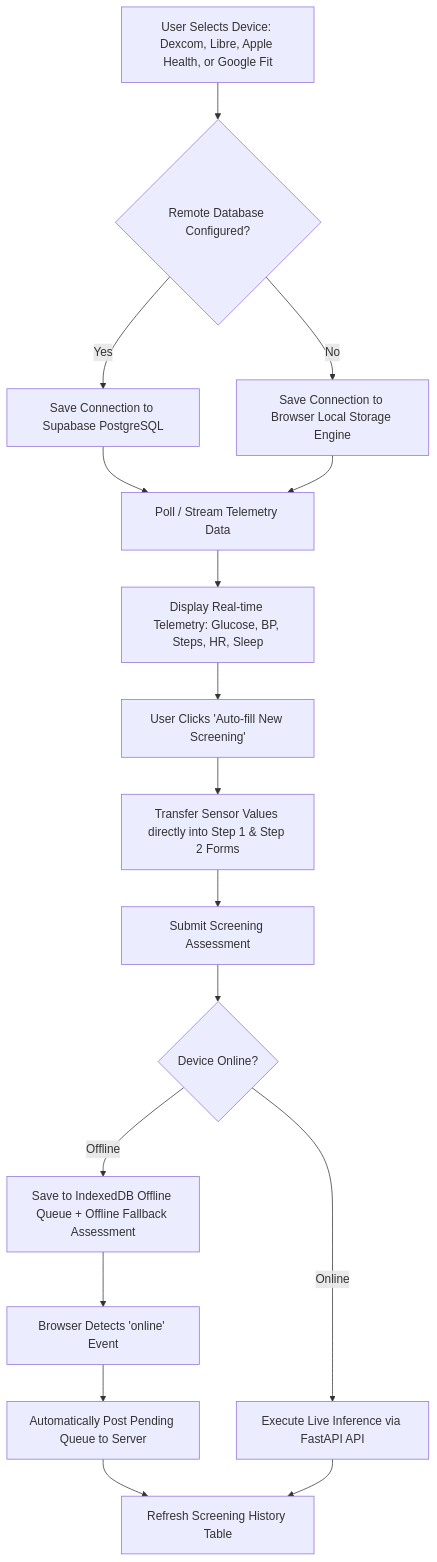
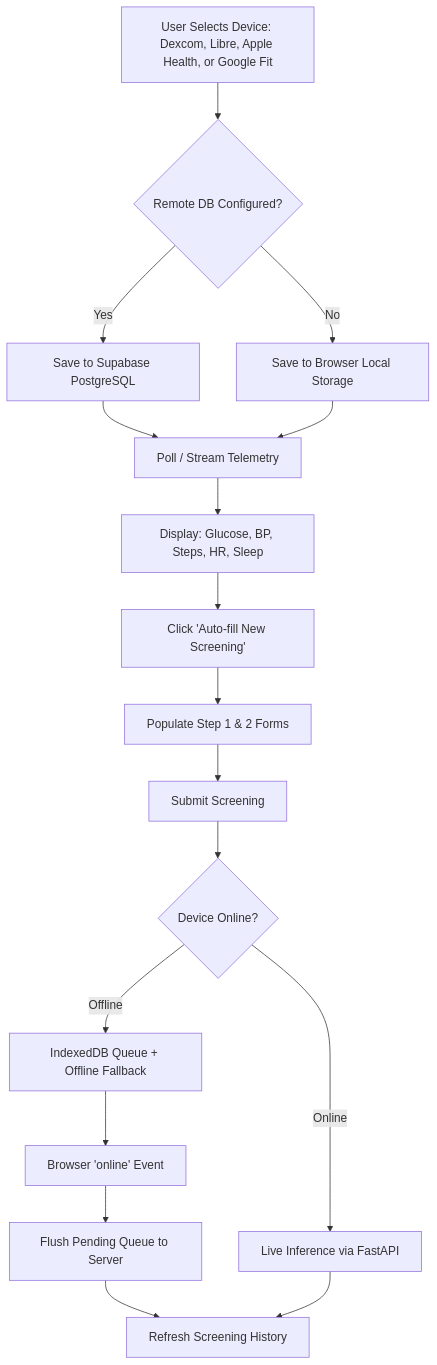
One commit to sam-black007/diabetes-prediction changed the third of 4 diagrams in README.md. Above: the diagram before and after it, drawn with Mermaid. The commit also changed other lines of this file, not shown here.

````diff
--- a/README.md
+++ b/README.md
@@ -276,28 +236,27 @@
 ```mermaid
 flowchart TD
     StartPair["User Selects Device: Dexcom, Libre, Apple Health, or Google Fit"]
-    CheckMode{"Remote Database Configured?"}
-    
+    CheckMode{"Remote DB Configured?"}
+
     StartPair --> CheckMode
-    CheckMode -->|Yes| RemotePersist["Save Connection to Supabase PostgreSQL"]
-    CheckMode -->|No| LocalPersist["Save Connection to Browser Local Storage Engine"]
-    
-    RemotePersist --> PollStream["Poll / Stream Telemetry Data"]
+    CheckMode -->|Yes| RemotePersist["Save to Supabase PostgreSQL"]
+    CheckMode -->|No| LocalPersist["Save to Browser Local Storage"]
+
+    RemotePersist --> PollStream["Poll / Stream Telemetry"]
     LocalPersist --> PollStream
-    
-    PollStream --> ShowVitals["Display Real-time Telemetry: Glucose, BP, Steps, HR, Sleep"]
-    ShowVitals --> ClickAutofill["User Clicks 'Auto-fill New Screening'"]
-    ClickAutofill --> PopulateWizard["Transfer Sensor Values directly into Step 1 & Step 2 Forms"]
-    
-    PopulateWizard --> SubmitScreening["Submit Screening Assessment"]
-    CheckOnline{"Device Online?"}
-    SubmitScreening --> CheckOnline
-    
-    CheckOnline -->|Online| CallAPI["Execute Live Inference via FastAPI API"]
-    CheckOnline -->|Offline| QueueLocal["Save to IndexedDB Offline Queue + Offline Fallback Assessment"]
-    
-    QueueLocal --> ReconnectEvent["Browser Detects 'online' Event"]
-    ReconnectEvent --> FlushQueue["Automatically Post Pending Queue to Server"]
-    FlushQueue --> UpdateHistory["Refresh Screening History Table"]
+
+    PollStream --> ShowVitals["Display: Glucose, BP, Steps, HR, Sleep"]
+    ShowVitals --> ClickAutofill["Click 'Auto-fill New Screening'"]
+    ClickAutofill --> PopulateWizard["Populate Step 1 & 2 Forms"]
+
+    PopulateWizard --> SubmitScreening["Submit Screening"]
+    SubmitScreening --> CheckOnline{"Device Online?"}
+
+    CheckOnline -->|Online| CallAPI["Live Inference via FastAPI"]
+    CheckOnline -->|Offline| QueueLocal["IndexedDB Queue + Offline Fallback"]
+
+    QueueLocal --> ReconnectEvent["Browser 'online' Event"]
+    ReconnectEvent --> FlushQueue["Flush Pending Queue to Server"]
+    FlushQueue --> UpdateHistory["Refresh Screening History"]
     CallAPI --> UpdateHistory
 ```
````
